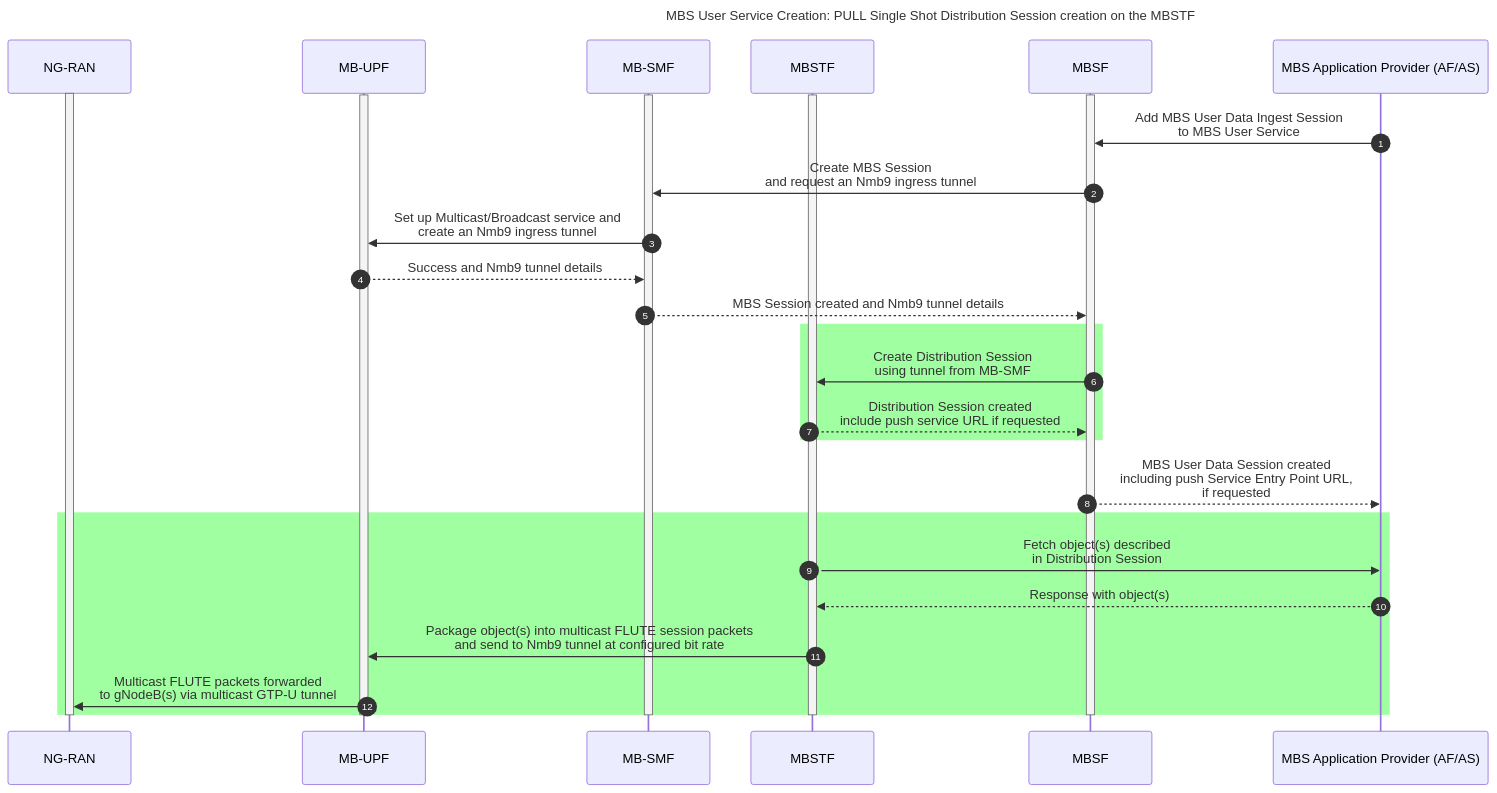
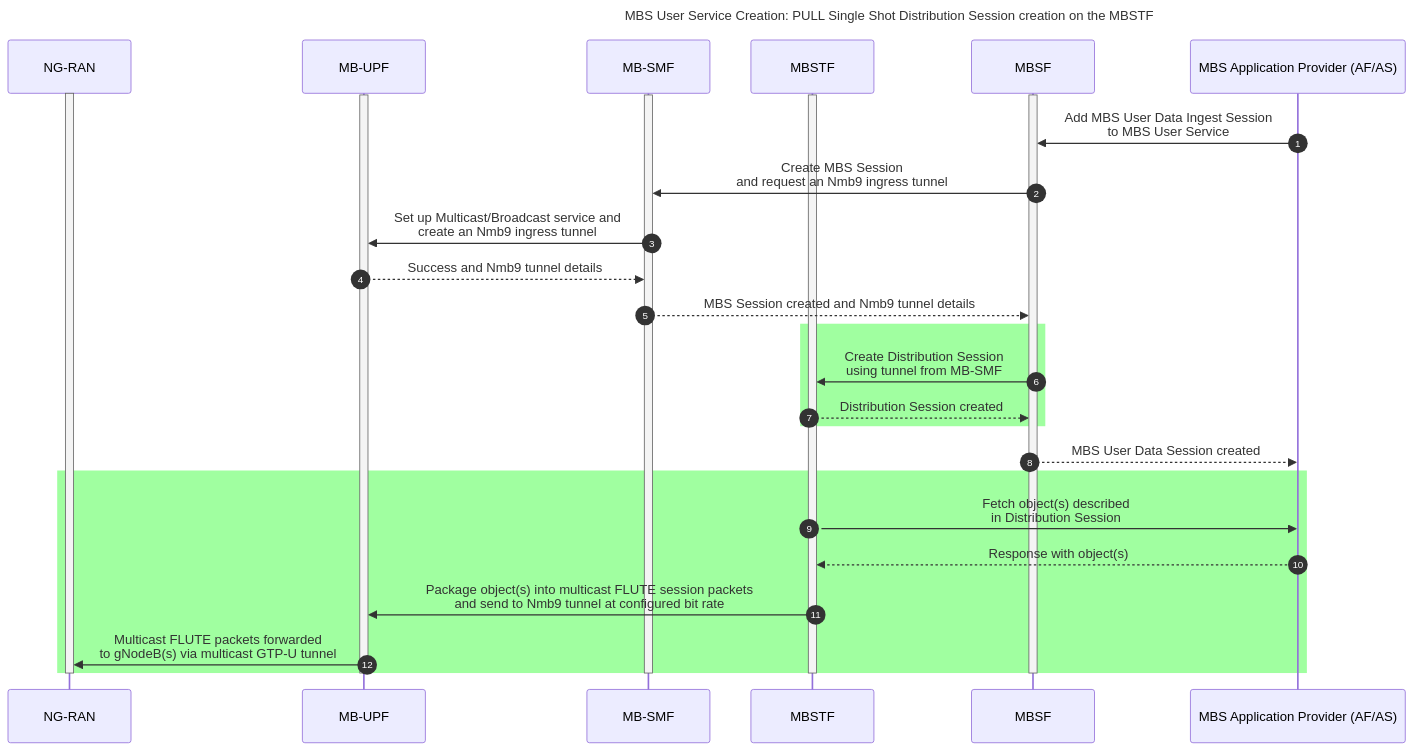
One commit to 5G-MAG/Getting-Started changed the third of 6 diagrams in pages/5g-multicast-broadcast-services/tutorials/mbstf.md. Above: the diagram before and after it, drawn with Mermaid. The commit also changed other lines of this file, not shown here.

Commit message:
5MBS: MBSTF Tutorial: Remove references to push Service Entry Point from pull diagrams

````diff
--- a/pages/5g-multicast-broadcast-services/tutorials/mbstf.md
+++ b/pages/5g-multicast-broadcast-services/tutorials/mbstf.md
@@ -239,46 +239,46 @@
 ```mermaid
 ---
 title: "MBS User Service Creation: PULL Single Shot Distribution Session creation on the MBSTF"
 config:
   themeCSS: |
     .loopLine { stroke-width: 4px; stroke-dasharray: 5,5; }
   sequence:
     showSequenceNumbers: true
 ---
 sequenceDiagram
   participant RAN as NG-RAN
   participant MBUPF as MB-UPF
   participant MBSMF as MB-SMF
   participant MBSTF
   participant MBSF
   participant AP as MBS Application Provider (AF/AS)
 
   activate RAN
   activate MBSMF
   activate MBUPF
   activate MBSF
   activate MBSTF
 
   AP->>MBSF : Add MBS User Data Ingest Session<br/>to MBS User Service
   MBSF->>MBSMF : Create MBS Session<br/>and request an Nmb9 ingress tunnel
   MBSMF->>MBUPF : Set up Multicast/Broadcast service and<br/>create an Nmb9 ingress tunnel
   MBUPF-->>MBSMF : Success and Nmb9 tunnel details
   MBSMF-->>MBSF : MBS Session created and Nmb9 tunnel details
   rect rgb(160,255,160)
     MBSF->>MBSTF : Create Distribution Session<br/>using tunnel from MB-SMF
-    MBSTF-->>MBSF : Distribution Session created<br/>include push service URL if requested
+    MBSTF-->>MBSF : Distribution Session created
   end
-    MBSF-->>AP : MBS User Data Session created<br/>including push Service Entry Point URL, <br/>if requested
+    MBSF-->>AP : MBS User Data Session created
   rect rgb(160,255,160)
     MBSTF->>AP : Fetch object(s) described<br/>in Distribution Session
     AP-->>MBSTF : Response with object(s)
     MBSTF->>MBUPF : Package object(s) into multicast FLUTE session packets<br/>and send to Nmb9 tunnel at configured bit rate
     MBUPF->>RAN : Multicast FLUTE packets forwarded<br/>to gNodeB(s) via multicast GTP-U tunnel
   end
 
   deactivate MBSTF
   deactivate MBSF
   deactivate MBSMF
   deactivate MBUPF
   deactivate RAN
 ```
````
